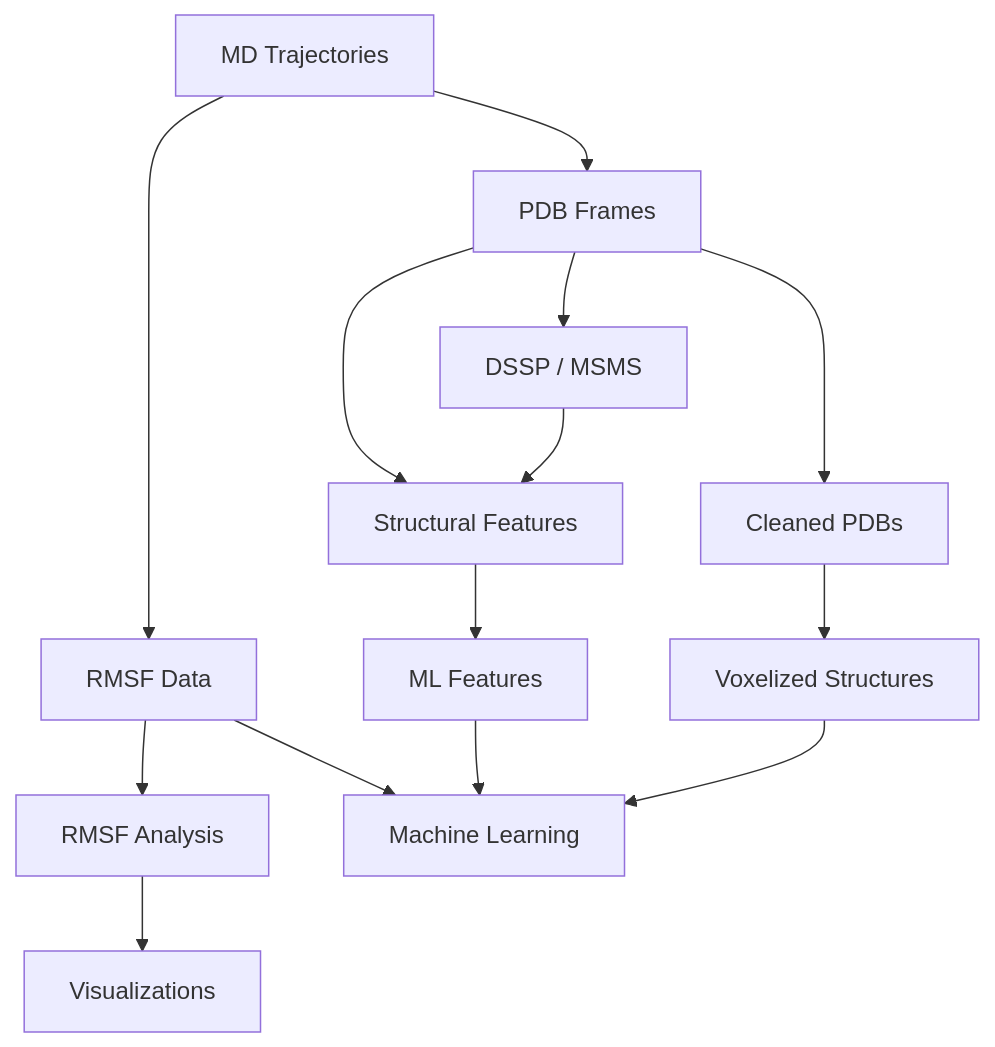
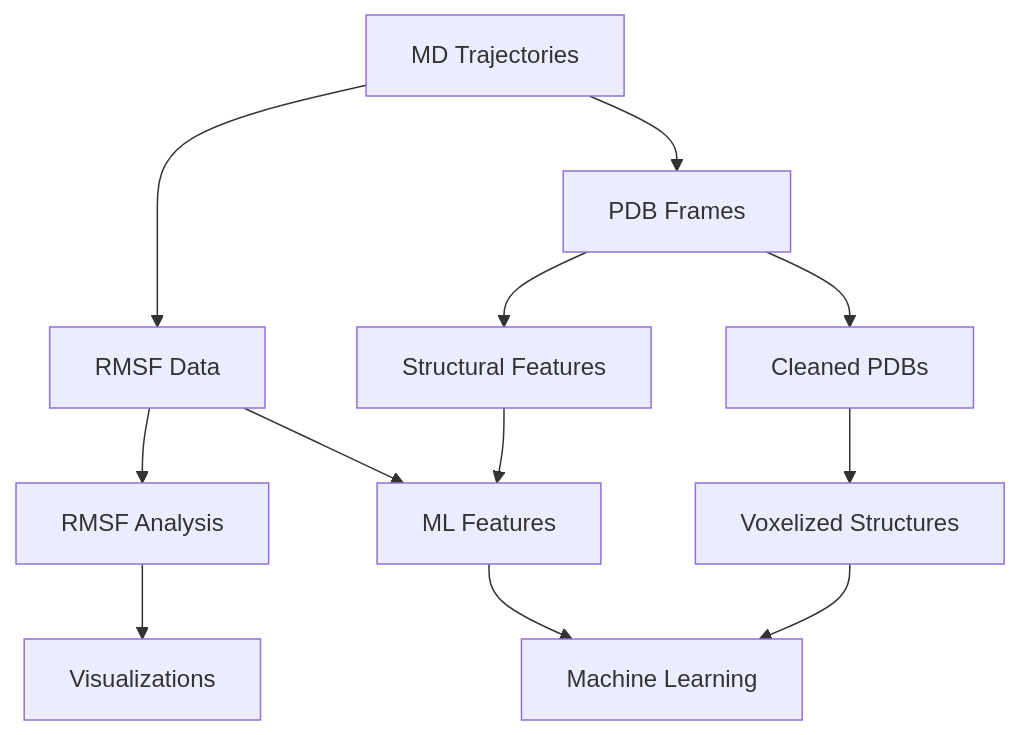
Before and after one commit to Felixburton7/drWiggle: the diagram in README.md, drawn with Mermaid.

````diff
--- a/README.md
+++ b/README.md
@@ -236,16 +236,14 @@
 ```mermaid
 graph TD
     A[MD Trajectories] --> B[RMSF Data]
     A --> C[PDB Frames]
     C --> D[Cleaned PDBs]
     D --> E[Voxelized Structures]
     B --> F[RMSF Analysis]
     C --> G[Structural Features]
-    B --> J[ML Features]
-    G --> H[ML Features]
+    B --> H[ML Features]
+    G --> H
     F --> I[Visualizations]
     H --> J[Machine Learning]
     E --> J
-    C --> K[DSSP / MSMS]
-    K --> G
 ```
````
